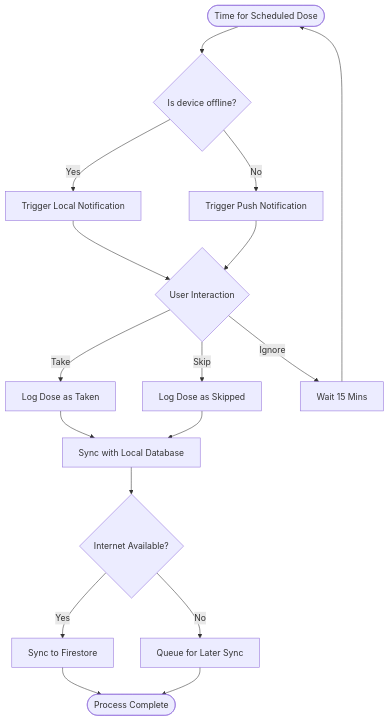
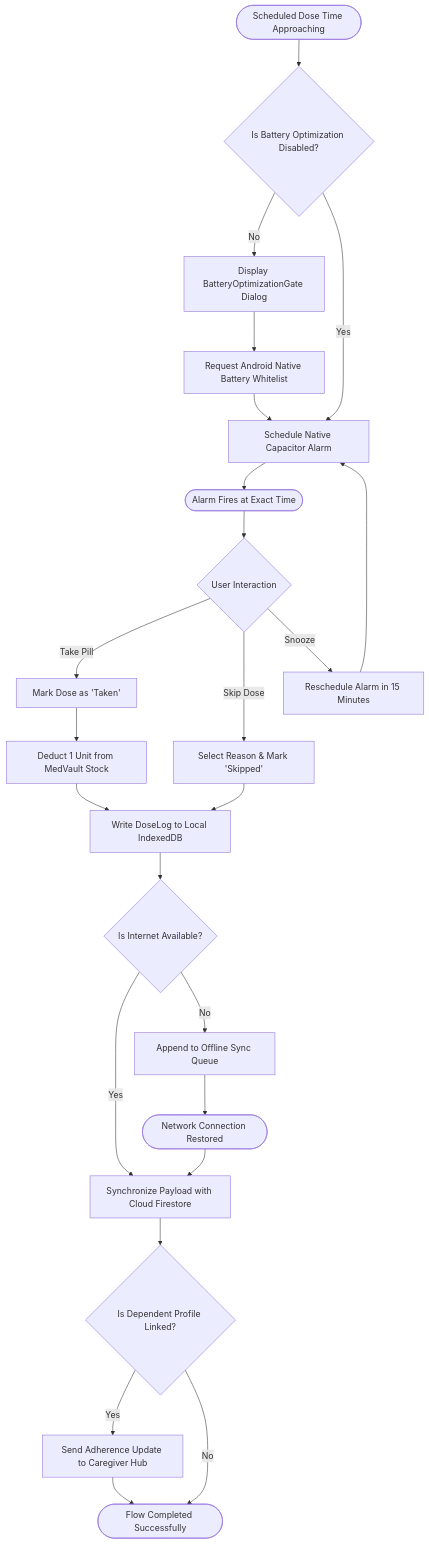
One commit to EmmahOwens/dawa-lens changed the third of 5 diagrams in project_proposal.md. Above: the diagram before and after it, drawn with Mermaid. The commit also changed other lines of this file and 8 other files, not shown here.

Commit message:
chore: update graphify manifest and cache to reflect recent project changes

````diff
--- a/project_proposal.md
+++ b/project_proposal.md
@@ -160,19 +386,33 @@
 ```mermaid
 flowchart TD
-    Start([Time for Scheduled Dose]) --> CheckStatus{Is device offline?}
-    CheckStatus -- Yes --> LocalAlert[Trigger Local Notification]
-    CheckStatus -- No --> PushAlert[Trigger Push Notification]
-    LocalAlert --> UserAction
-    PushAlert --> UserAction
+    Start([Scheduled Dose Time Approaching]) --> BatteryCheck{Is Battery Optimization Disabled?}
     
-    UserAction{User Interaction}
-    UserAction -- Take --> LogTaken[Log Dose as Taken]
-    UserAction -- Skip --> LogSkip[Log Dose as Skipped]
-    UserAction -- Ignore --> Wait[Wait 15 Mins] --> Start
-    
-    LogTaken --> SyncDB[Sync with Local Database]
-    LogSkip --> SyncDB
-    SyncDB --> CloudSync{Internet Available?}
-    CloudSync -- Yes --> SyncFirestore[Sync to Firestore] --> End([Process Complete])
-    CloudSync -- No --> Queue[Queue for Later Sync] --> End
+    BatteryCheck -- No --> PromptGate[Display BatteryOptimizationGate Dialog]
+    PromptGate --> RequestPermission[Request Android Native Battery Whitelist]
+    RequestPermission --> ArmAlarm[Schedule Native Capacitor Alarm]
+    BatteryCheck -- Yes --> ArmAlarm
+
+    ArmAlarm --> AlarmTriggered([Alarm Fires at Exact Time])
+    AlarmTriggered --> UserResponse{User Interaction}
+
+    UserResponse -- "Take Pill" --> MarkTaken[Mark Dose as 'Taken']
+    UserResponse -- "Skip Dose" --> SelectReason[Select Reason & Mark 'Skipped']
+    UserResponse -- "Snooze" --> Reschedule[Reschedule Alarm in 15 Minutes]
+    Reschedule --> ArmAlarm
+
+    MarkTaken --> DeductStock[Deduct 1 Unit from MedVault Stock]
+    DeductStock --> PersistLocal[Write DoseLog to Local IndexedDB]
+    SelectReason --> PersistLocal
+
+    PersistLocal --> ConnectivityCheck{Is Internet Available?}
+    ConnectivityCheck -- Yes --> PushFirestore[Synchronize Payload with Cloud Firestore]
+    ConnectivityCheck -- No --> QueueDelta[Append to Offline Sync Queue]
+
+    QueueDelta --> NetworkRestored([Network Connection Restored])
+    NetworkRestored --> PushFirestore
+
+    PushFirestore --> CheckCaregiver{Is Dependent Profile Linked?}
+    CheckCaregiver -- Yes --> DispatchCaregiverAlert[Send Adherence Update to Caregiver Hub]
+    CheckCaregiver -- No --> Complete([Flow Completed Successfully])
+    DispatchCaregiverAlert --> Complete
 ```
````
